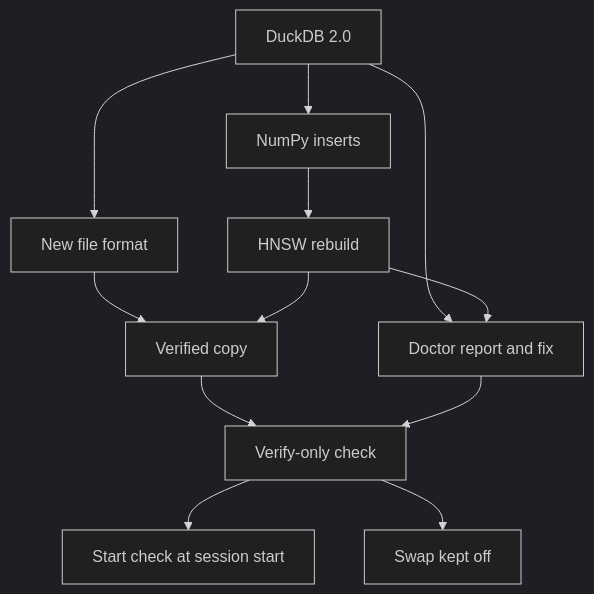
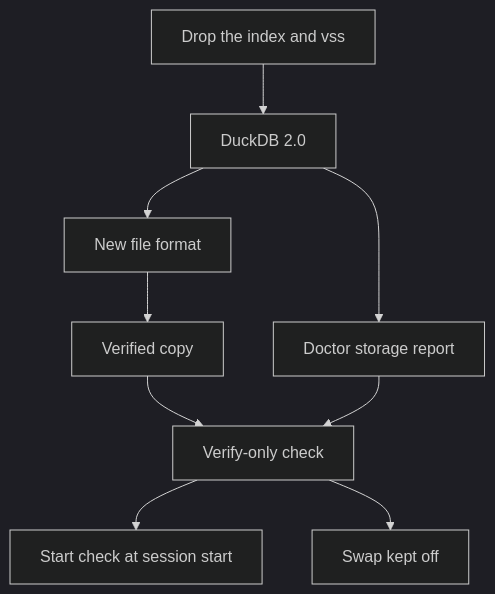
Before and after one commit to Texarkanine/stockroom: the diagram in memory-bank/active/milestones.md, drawn with Mermaid (dark theme). The commit also changed other lines of this file and 10 other files, not shown here.

````diff
--- a/memory-bank/active/milestones.md
+++ b/memory-bank/active/milestones.md
@@ -60,23 +48,19 @@
 ```mermaid
 flowchart TD
+  drop[Drop the index and vss]
   duckdb[DuckDB 2.0]
   format[New file format]
-  numpy[NumPy inserts]
-  doctor[Doctor report and fix]
-  hnsw[HNSW rebuild]
+  doctor[Doctor storage report]
   builder[Verified copy]
   check[Verify-only check]
   hook[Start check at session start]
   swap[Swap kept off]
+  drop --> duckdb
   duckdb --> format
-  duckdb --> numpy
   duckdb --> doctor
-  hnsw --> doctor
   format --> builder
-  numpy --> hnsw
-  hnsw --> builder
   builder --> check
   doctor --> check
   check --> hook
   check --> swap
 ```
````
